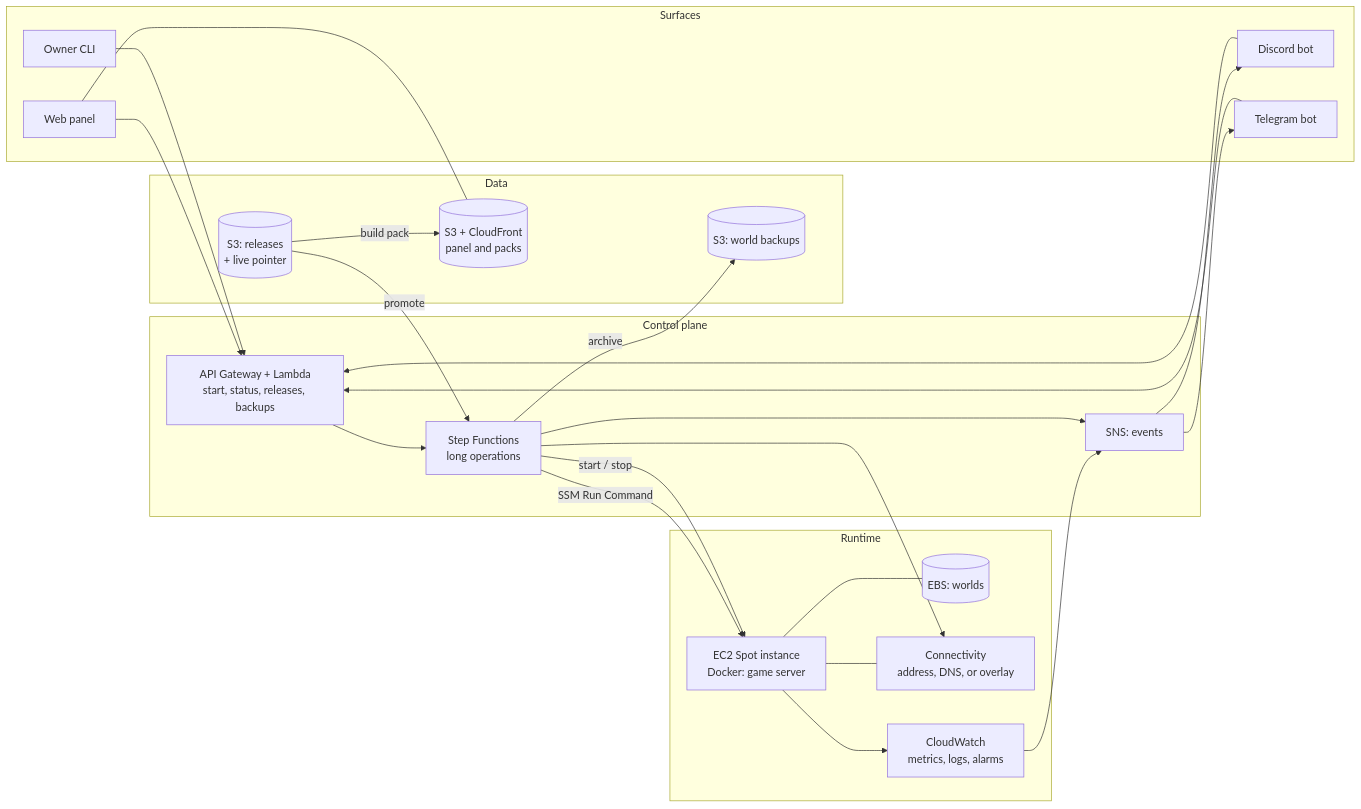
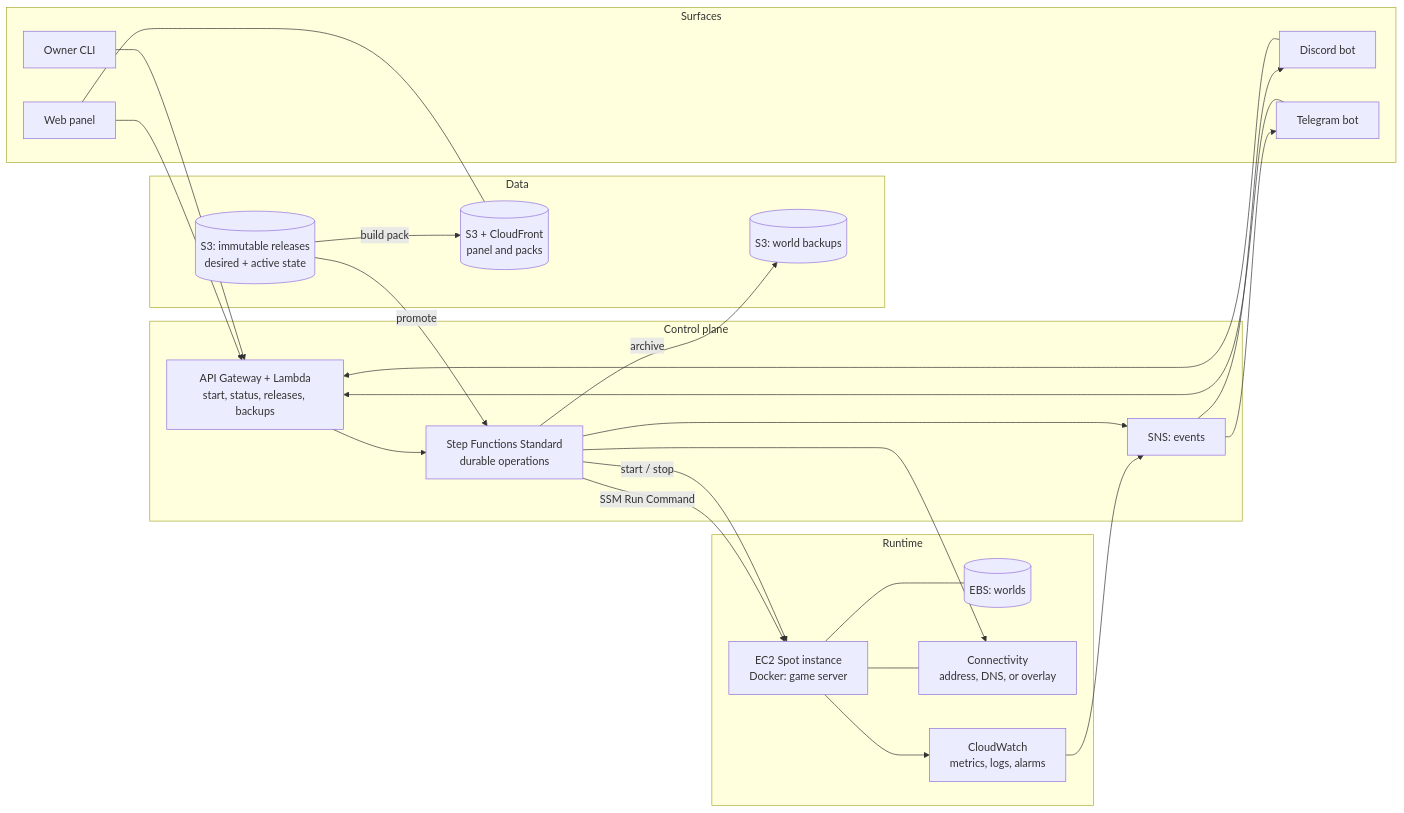
The diagram in README.md (DrArzter/spawnpoint), drawn with Mermaid before and after one commit. The commit also changed other lines of this file and 7 other files, not shown here.

Commit message:
docs(architecture): define first-class local control plane

````diff
--- a/README.md
+++ b/README.md
@@ -72,48 +72,48 @@
 ```mermaid
 flowchart LR
     subgraph Surfaces
         WEB[Web panel]
         DIS[Discord bot]
         TG[Telegram bot]
         CLI[Owner CLI]
     end
 
     subgraph ControlPlane["Control plane"]
         API[API Gateway + Lambda<br/>start, status, releases, backups]
-        SFN[Step Functions<br/>long operations]
+        SFN[Step Functions Standard<br/>durable operations]
         BUS[SNS: events]
     end
 
     subgraph Data
-        REL[(S3: releases<br/>+ live pointer)]
+        REL[(S3: immutable releases<br/>desired + active state)]
         BAK[(S3: world backups)]
         SITE[(S3 + CloudFront<br/>panel and packs)]
     end
 
     subgraph Runtime
         EC2[EC2 Spot instance<br/>Docker: game server]
         EBS[(EBS: worlds)]
         NET[Connectivity<br/>address, DNS, or overlay]
         CW[CloudWatch<br/>metrics, logs, alarms]
     end
 
     WEB --> API
     DIS --> API
     TG --> API
     CLI --> API
     API --> SFN
     SFN -->|SSM Run Command| EC2
     SFN -->|start / stop| EC2
     REL -->|promote| SFN
     EC2 --- EBS
     SFN -->|archive| BAK
     SFN --> NET
     EC2 --- NET
     EC2 --> CW
     CW --> BUS
     SFN --> BUS
     BUS --> DIS
     BUS --> TG
     WEB --- SITE
     REL -->|build pack| SITE
 ```
````
